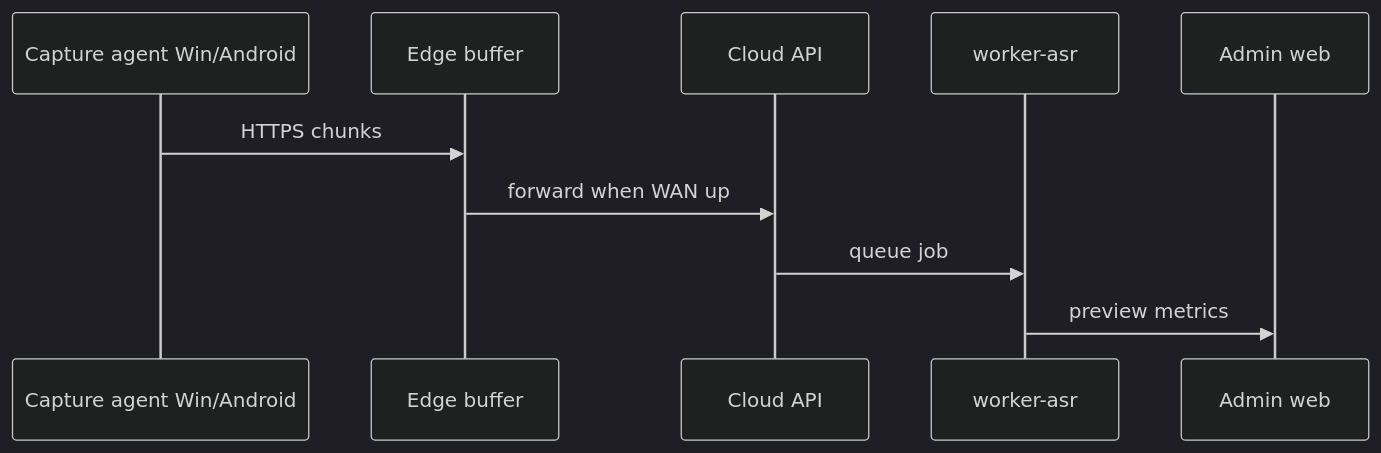
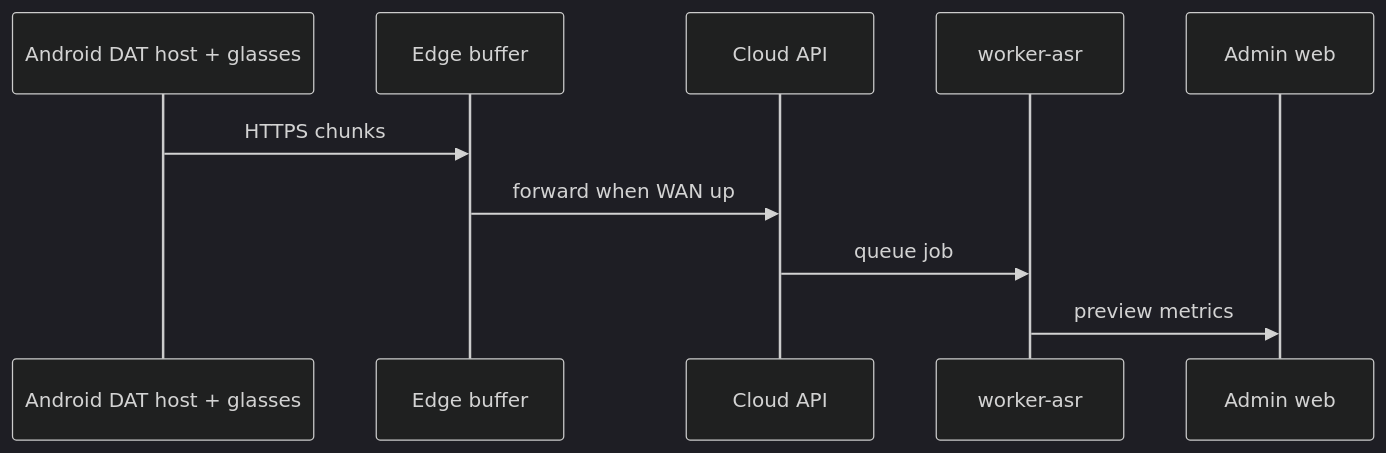
One commit to NITISH-R-G/PedagogyX changed the diagram in docs/09-agile/SPRINT_03_MVP_PREP.md. Above: the diagram before and after it, drawn with Mermaid (dark theme). The commit also changed other lines of this file and 13 other files, not shown here.

````diff
--- a/docs/09-agile/SPRINT_03_MVP_PREP.md
+++ b/docs/09-agile/SPRINT_03_MVP_PREP.md
@@ -24,13 +24,13 @@
 ```mermaid
 sequenceDiagram
-    participant C as Capture agent Win/Android
+    participant C as Android DAT host + glasses
     participant E as Edge buffer
     participant API as Cloud API
     participant W as worker-asr
     participant UI as Admin web
 
     C->>E: HTTPS chunks
     E->>API: forward when WAN up
     API->>W: queue job
     W->>UI: preview metrics
 ```
````
